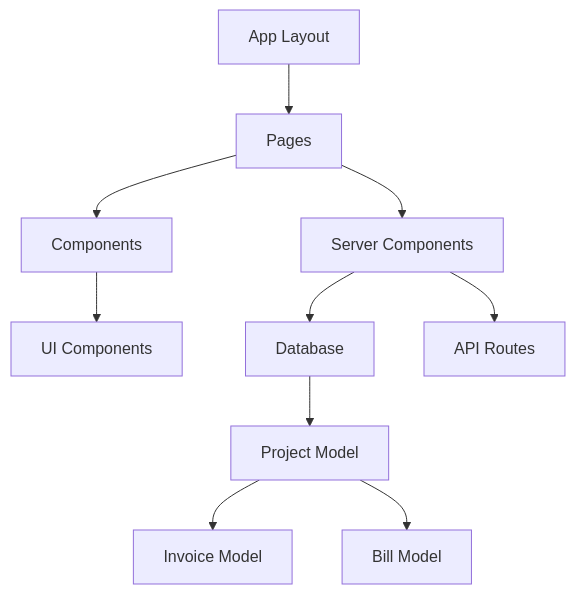
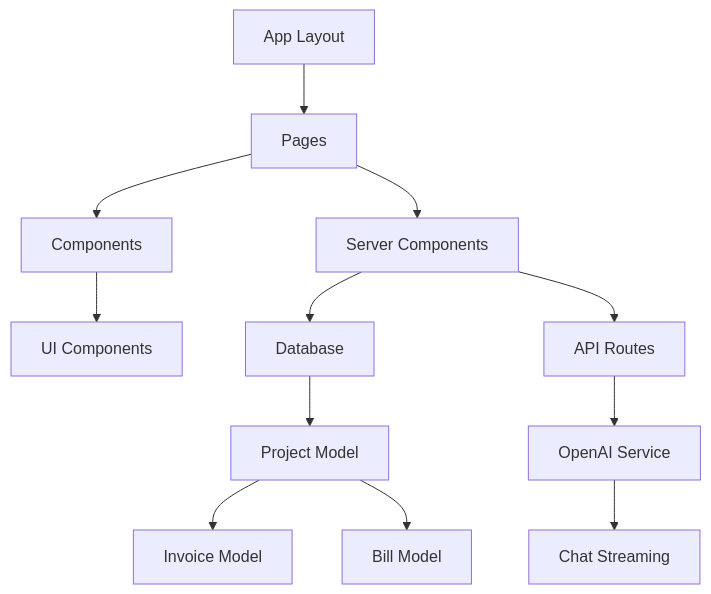
One commit to digidigo/cursor_rules changed the diagram in docs/features/core/architecture.md. Above: the diagram before and after it, drawn with Mermaid. The commit also changed other lines of this file and 19 other files, not shown here.

Commit message:
feat(chat): integrate OpenAI with streaming support - Add chat API route, interface, and documentation

````diff
--- a/docs/features/core/architecture.md
+++ b/docs/features/core/architecture.md
@@ -16,12 +17,14 @@
 ```mermaid
 graph TD
     A[App Layout] --> B[Pages]
     B --> C[Components]
     C --> D[UI Components]
     B --> E[Server Components]
     E --> F[Database]
     F --> G[Project Model]
     G --> H[Invoice Model]
     G --> I[Bill Model]
     E --> J[API Routes]
+    J --> K[OpenAI Service]
+    K --> L[Chat Streaming]
 ```
````
